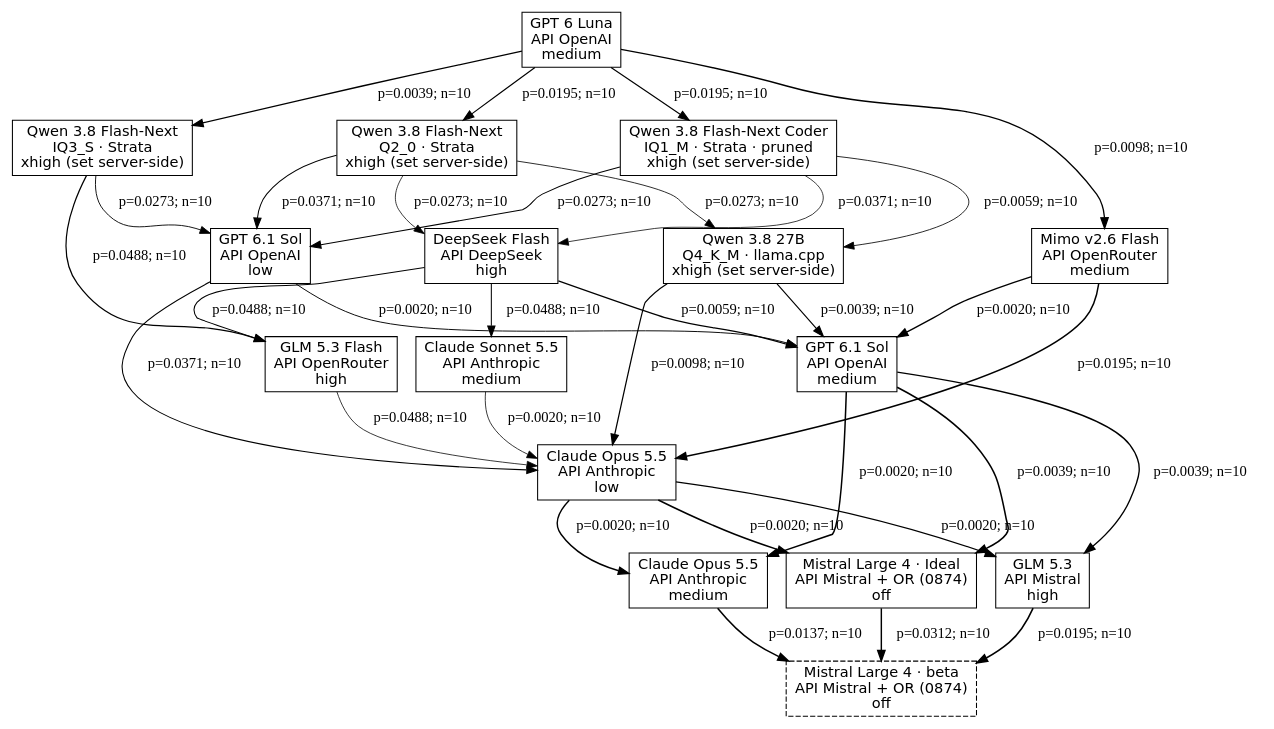
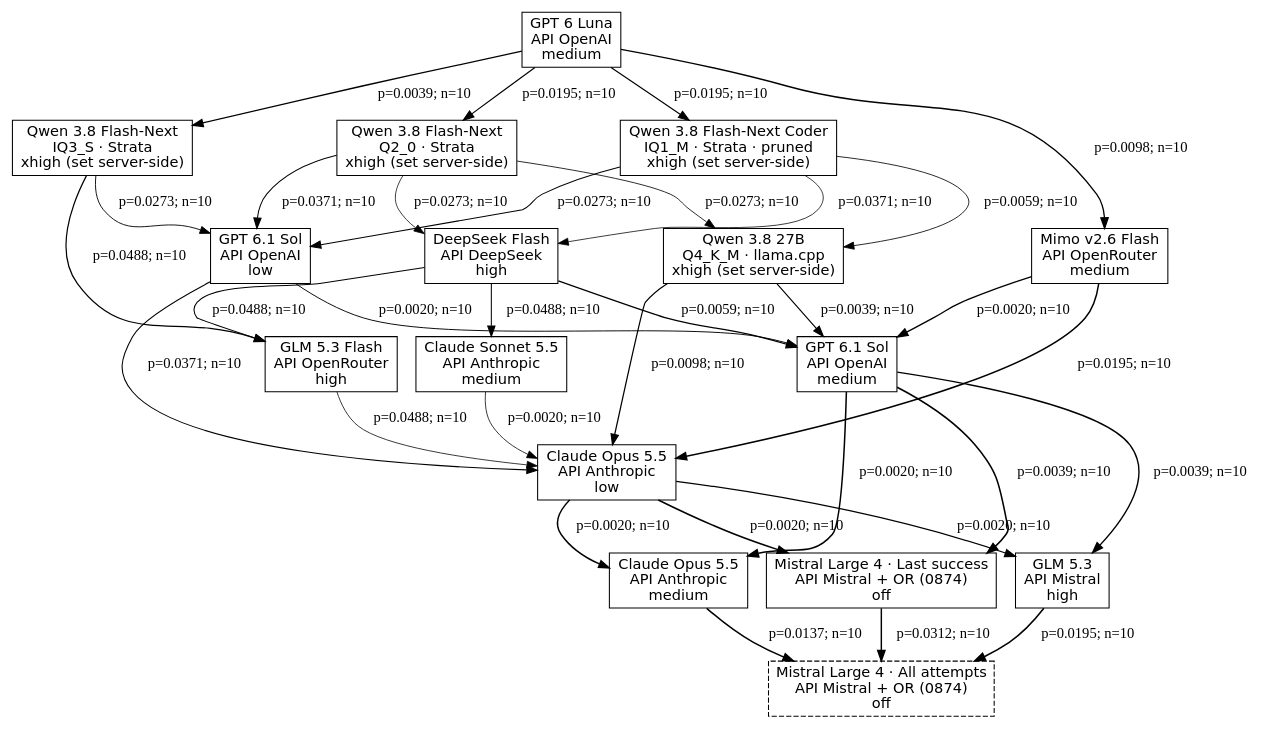
One commit to MinhHaDuong/ImperialDragonHarness changed the diagram in docs/tournament-graphs-en/cost_usd.dot. Above: the diagram before and after it, drawn with Graphviz. The commit also changed 23 other files, not shown here.

```diff
--- a/docs/tournament-graphs-en/cost_usd.dot
+++ b/docs/tournament-graphs-en/cost_usd.dot
@@ -1,52 +1,52 @@
 digraph G {
 rankdir=TB;
 node [shape=box, fontname="DejaVu Sans"];
 a [label="Qwen 3.8 27B\nQ4_K_M · llama.cpp\nxhigh (set server-side)"];
 b [label="Qwen 3.8 Flash-Next Coder\nIQ1_M · Strata · pruned\nxhigh (set server-side)"];
 b2 [label="Qwen 3.8 Flash-Next\nIQ3_S · Strata\nxhigh (set server-side)"];
 b3 [label="Qwen 3.8 Flash-Next\nQ2_0 · Strata\nxhigh (set server-side)"];
 d [label="Claude Opus 5.5\nAPI Anthropic\nmedium"];
 d2 [label="Claude Opus 5.5\nAPI Anthropic\nlow"];
 e2 [label="GPT 6.1 Sol\nAPI OpenAI\nlow"];
 e3 [label="GPT 6.1 Sol\nAPI OpenAI\nmedium"];
 f [label="GLM 5.3\nAPI Mistral\nhigh"];
 g [label="Claude Sonnet 5.5\nAPI Anthropic\nmedium"];
 i [label="DeepSeek Flash\nAPI DeepSeek\nhigh"];
 j [label="GLM 5.3 Flash\nAPI OpenRouter\nhigh"];
 k [label="Mimo v2.6 Flash\nAPI OpenRouter\nmedium"];
 l [label="GPT 6 Luna\nAPI OpenAI\nmedium"];
-mi [label="Mistral Large 4 · Ideal\nAPI Mistral + OR (0874)\noff"];
-mr [label="Mistral Large 4 · beta\nAPI Mistral + OR (0874)\noff", style="dashed"];
+mi [label="Mistral Large 4 · Last success\nAPI Mistral + OR (0874)\noff"];
+mr [label="Mistral Large 4 · All attempts\nAPI Mistral + OR (0874)\noff", style="dashed"];
 a -> d2 [label="p=0.0098; n=10", penwidth=1.214];
 a -> e3 [label="p=0.0039; n=10", penwidth=1.099];
 b -> a [label="p=0.0059; n=10", penwidth=0.800];
 b -> e2 [label="p=0.0273; n=10", penwidth=0.987];
 b -> i [label="p=0.0371; n=10", penwidth=0.733];
 b2 -> e2 [label="p=0.0273; n=10", penwidth=0.873];
 b2 -> j [label="p=0.0488; n=10", penwidth=1.161];
 b3 -> a [label="p=0.0273; n=10", penwidth=0.794];
 b3 -> e2 [label="p=0.0371; n=10", penwidth=0.981];
 b3 -> i [label="p=0.0273; n=10", penwidth=0.727];
 d -> mr [label="p=0.0137; n=10", penwidth=1.469];
 d2 -> d [label="p=0.0020; n=10", penwidth=1.342];
 d2 -> f [label="p=0.0020; n=10", penwidth=1.203];
 d2 -> mi [label="p=0.0020; n=10", penwidth=1.422];
 e2 -> d2 [label="p=0.0371; n=10", penwidth=1.027];
 e2 -> e3 [label="p=0.0020; n=10", penwidth=0.912];
 e3 -> d [label="p=0.0020; n=10", penwidth=1.457];
 e3 -> f [label="p=0.0039; n=10", penwidth=1.318];
 e3 -> mi [label="p=0.0039; n=10", penwidth=1.500];
 f -> mr [label="p=0.0195; n=10", penwidth=1.500];
 g -> d2 [label="p=0.0020; n=10", penwidth=0.743];
 i -> e3 [label="p=0.0059; n=10", penwidth=1.166];
 i -> g [label="p=0.0488; n=10", penwidth=0.988];
 i -> j [label="p=0.0488; n=10", penwidth=0.991];
 j -> d2 [label="p=0.0488; n=10", penwidth=0.740];
 k -> d2 [label="p=0.0195; n=10", penwidth=1.408];
 k -> e3 [label="p=0.0020; n=10", penwidth=1.293];
 l -> b [label="p=0.0195; n=10", penwidth=1.122];
 l -> b2 [label="p=0.0039; n=10", penwidth=1.235];
 l -> b3 [label="p=0.0195; n=10", penwidth=1.127];
 l -> k [label="p=0.0098; n=10", penwidth=1.277];
 mi -> mr [label="p=0.0312; n=10", penwidth=1.389];
 }
```
